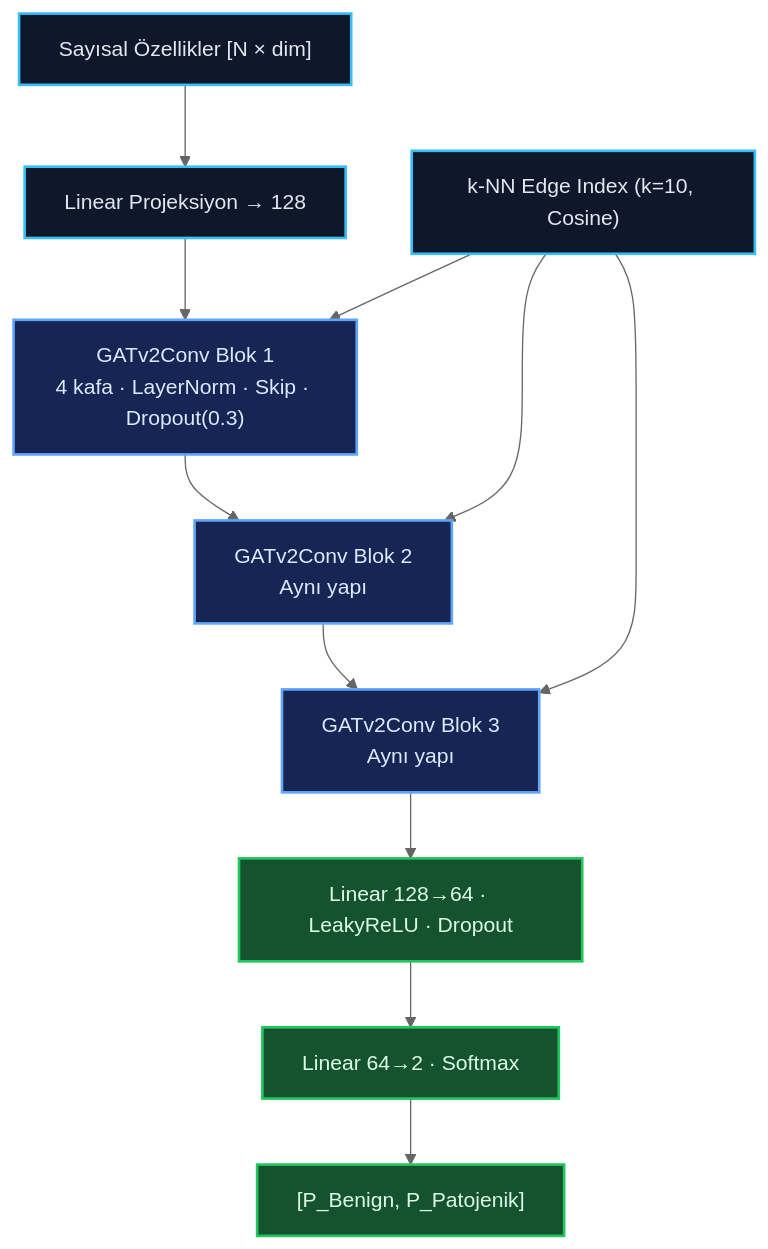
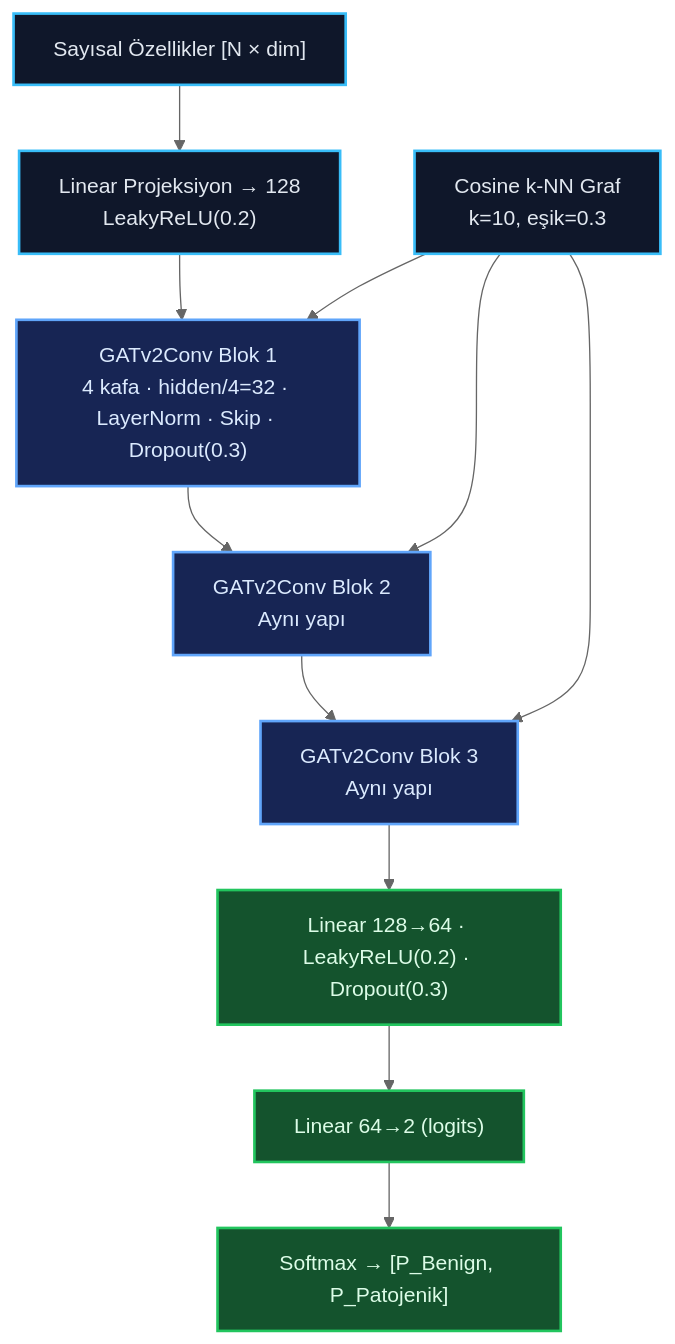
The second of 6 diagrams in README.md (msgxr/VARIANT-GNN), drawn with Mermaid (neutral theme) before and after one commit. The commit also changed other lines of this file, not shown here.

````diff
--- a/README.md
+++ b/README.md
@@ -146,21 +154,21 @@
 ```mermaid
 graph TB
     classDef inp fill:#0f172a,stroke:#38bdf8,stroke-width:2px,color:#e2e8f0
     classDef gat fill:#172554,stroke:#60a5fa,stroke-width:2px,color:#dbeafe
     classDef cls fill:#14532d,stroke:#22c55e,stroke-width:2px,color:#dcfce7
 
     NF["Sayısal Özellikler [N × dim]"]:::inp
-    NF --> PROJ["Linear Projeksiyon → 128"]:::inp
+    NF --> PROJ["Linear Projeksiyon → 128\nLeakyReLU(0.2)"]:::inp
 
-    PROJ --> B1["GATv2Conv Blok 1\n4 kafa · LayerNorm · Skip · Dropout(0.3)"]:::gat
+    PROJ --> B1["GATv2Conv Blok 1\n4 kafa · hidden/4=32 · LayerNorm · Skip · Dropout(0.3)"]:::gat
     B1 --> B2["GATv2Conv Blok 2\nAynı yapı"]:::gat
     B2 --> B3["GATv2Conv Blok 3\nAynı yapı"]:::gat
 
-    B3 --> C1["Linear 128→64 · LeakyReLU · Dropout"]:::cls
-    C1 --> C2["Linear 64→2 · Softmax"]:::cls
-    C2 --> OUT["[P_Benign, P_Patojenik]"]:::cls
+    B3 --> C1["Linear 128→64 · LeakyReLU(0.2) · Dropout(0.3)"]:::cls
+    C1 --> C2["Linear 64→2 (logits)"]:::cls
+    C2 --> OUT["Softmax → [P_Benign, P_Patojenik]"]:::cls
 
-    EDGE["k-NN Edge Index (k=10, Cosine)"]:::inp --> B1
+    EDGE["Cosine k-NN Graf\nk=10, eşik=0.3"]:::inp --> B1
     EDGE --> B2
     EDGE --> B3
 ```
````
